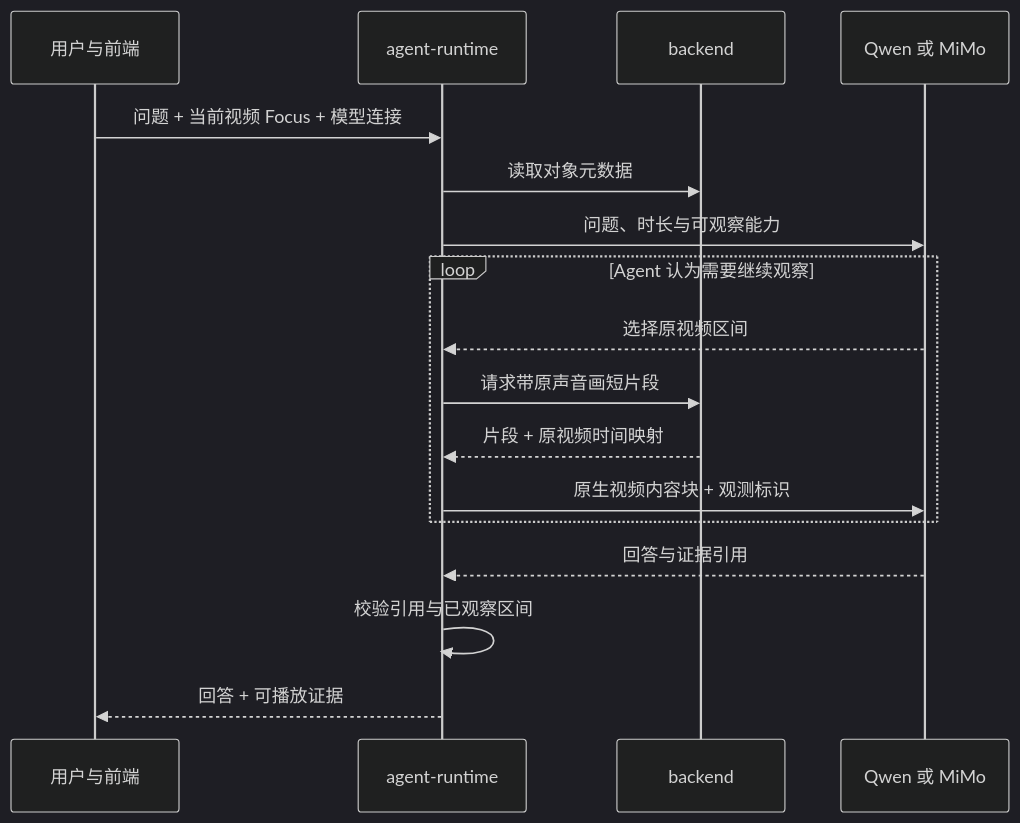
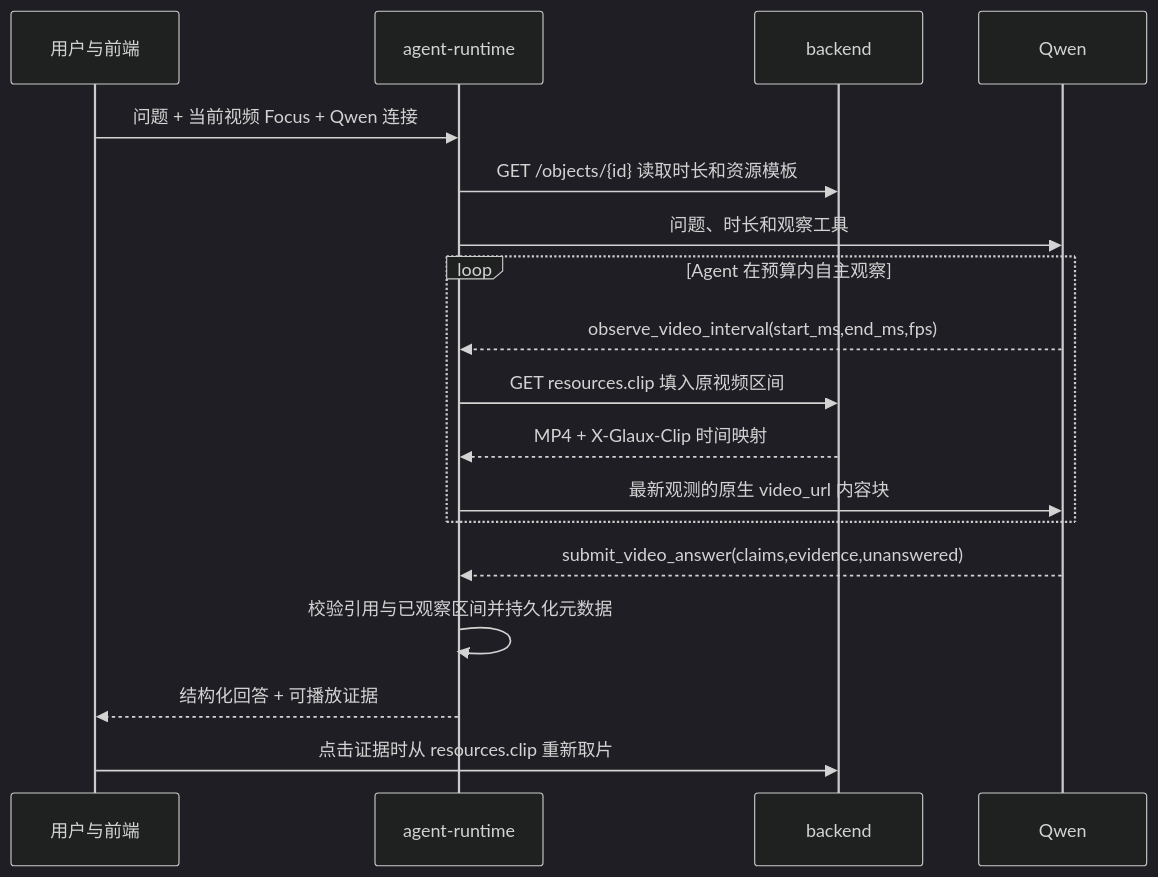
Before and after one commit to zhentai-sn/open-glaux: the first of 2 diagrams in docs/sdd/feats/11-video-understanding-harness/README.md, drawn with Mermaid (dark theme). The commit also changed other lines of this file and 6 other files, not shown here.

````diff
--- a/docs/sdd/feats/11-video-understanding-harness/README.md
+++ b/docs/sdd/feats/11-video-understanding-harness/README.md
@@ -70,19 +65,20 @@
 ```mermaid
 sequenceDiagram
     participant U as 用户与前端
     participant R as agent-runtime
     participant B as backend
-    participant M as Qwen 或 MiMo
-    U->>R: 问题 + 当前视频 Focus + 模型连接
-    R->>B: 读取对象元数据
-    R->>M: 问题、时长与可观察能力
-    loop Agent 认为需要继续观察
-        M-->>R: 选择原视频区间
-        R->>B: 请求带原声音画短片段
-        B-->>R: 片段 + 原视频时间映射
-        R->>M: 原生视频内容块 + 观测标识
+    participant Q as Qwen
+    U->>R: 问题 + 当前视频 Focus + Qwen 连接
+    R->>B: GET /objects/{id} 读取时长和资源模板
+    R->>Q: 问题、时长和观察工具
+    loop Agent 在预算内自主观察
+        Q-->>R: observe_video_interval(start_ms,end_ms,fps)
+        R->>B: GET resources.clip 填入原视频区间
+        B-->>R: MP4 + X-Glaux-Clip 时间映射
+        R->>Q: 最新观测的原生 video_url 内容块
     end
-    M-->>R: 回答与证据引用
-    R->>R: 校验引用与已观察区间
-    R-->>U: 回答 + 可播放证据
+    Q-->>R: submit_video_answer(claims,evidence,unanswered)
+    R->>R: 校验引用与已观察区间并持久化元数据
+    R-->>U: 结构化回答 + 可播放证据
+    U->>B: 点击证据时从 resources.clip 重新取片
 ```
````
